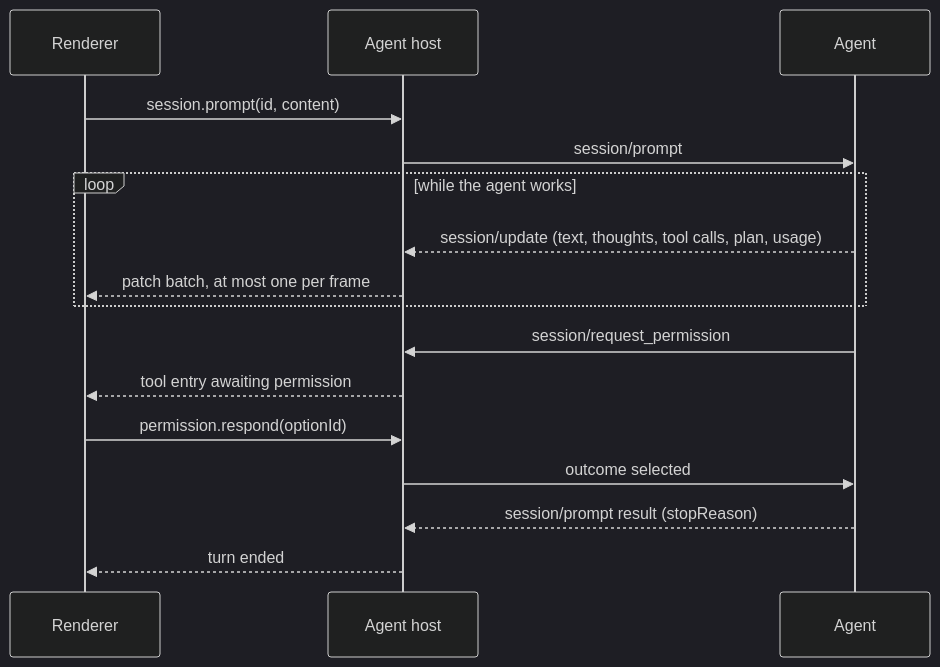
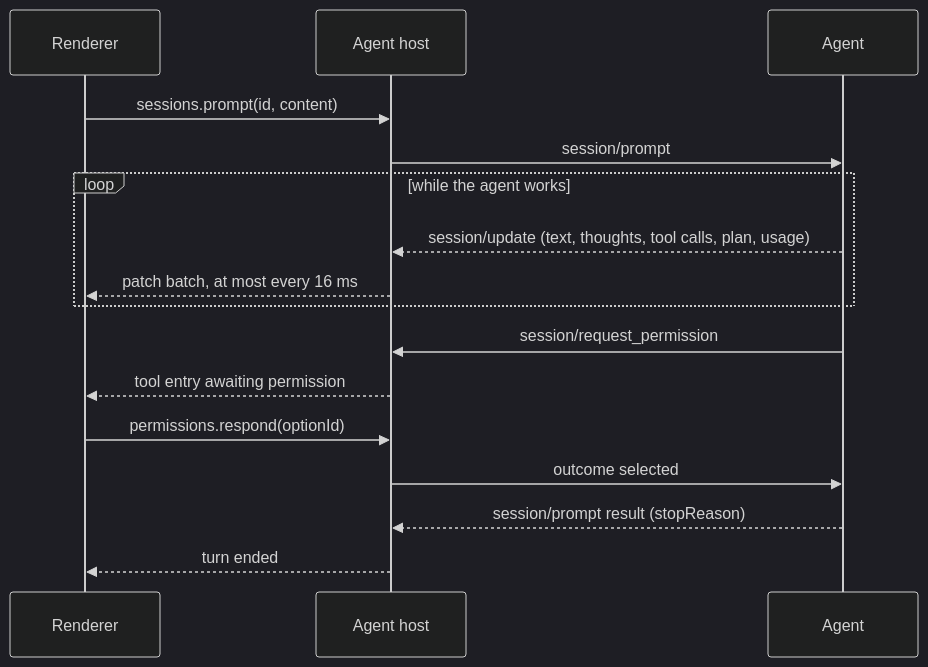
Before and after one commit to KettuAI/Kettu: the third of 3 diagrams in docs/architecture.md, drawn with Mermaid (dark theme). The commit also changed other lines of this file and 10 other files, not shown here.

````diff
--- a/docs/architecture.md
+++ b/docs/architecture.md
@@ -141,18 +137,18 @@
 ```mermaid
 sequenceDiagram
   participant UI as Renderer
   participant H as Agent host
   participant A as Agent
-  UI->>H: session.prompt(id, content)
+  UI->>H: sessions.prompt(id, content)
   H->>A: session/prompt
   loop while the agent works
     A-->>H: session/update (text, thoughts, tool calls, plan, usage)
-    H-->>UI: patch batch, at most one per frame
+    H-->>UI: patch batch, at most every 16 ms
   end
   A->>H: session/request_permission
   H-->>UI: tool entry awaiting permission
-  UI->>H: permission.respond(optionId)
+  UI->>H: permissions.respond(optionId)
   H->>A: outcome selected
   A-->>H: session/prompt result (stopReason)
   H-->>UI: turn ended
 ```
````
